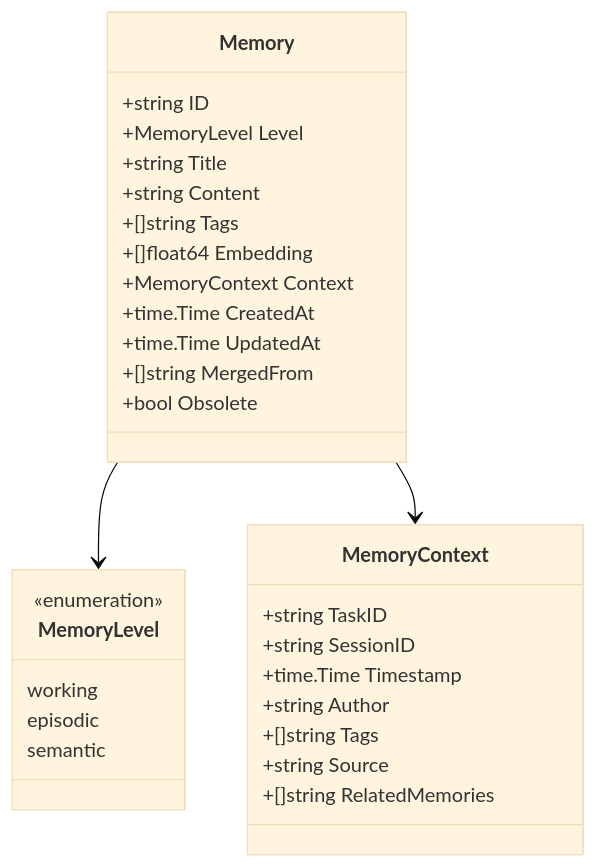
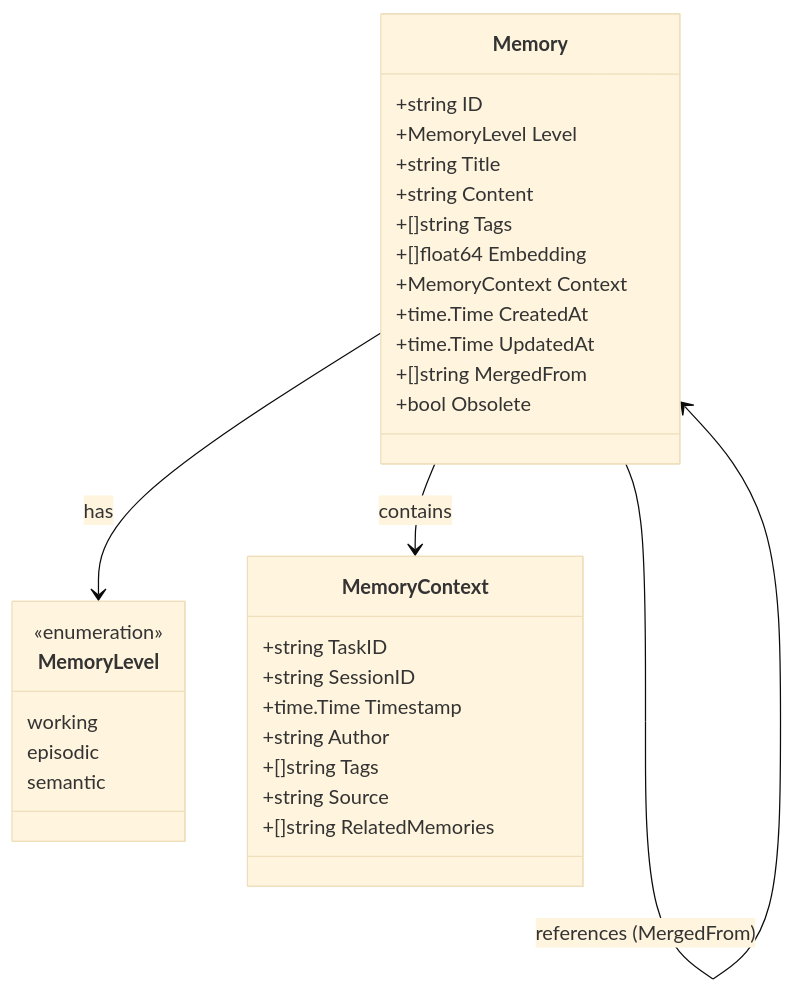
One commit to fmatsos/cortex changed the fourth of 12 diagrams in docs/MEMORY_MODEL.md. Above: the diagram before and after it, drawn with Mermaid (base theme). The commit also changed other lines of this file and 5 other files, not shown here.

First line of the commit message:
docs: comprehensive documentation update with MermaidJS diagrams (#16)

````diff
--- a/docs/MEMORY_MODEL.md
+++ b/docs/MEMORY_MODEL.md
@@ -5,36 +132,37 @@
 ```mermaid
 classDiagram
     class Memory {
         +string ID
         +MemoryLevel Level
         +string Title
         +string Content
         +[]string Tags
         +[]float64 Embedding
         +MemoryContext Context
         +time.Time CreatedAt
         +time.Time UpdatedAt
         +[]string MergedFrom
         +bool Obsolete
     }
 
     class MemoryLevel {
         <<enumeration>>
         working
         episodic
         semantic
     }
 
     class MemoryContext {
         +string TaskID
         +string SessionID
         +time.Time Timestamp
         +string Author
         +[]string Tags
         +string Source
         +[]string RelatedMemories
     }
 
-    Memory --> MemoryLevel
-    Memory --> MemoryContext
+    Memory --> MemoryLevel : has
+    Memory --> MemoryContext : contains
+    Memory --> Memory : references (MergedFrom)
 ```
````
